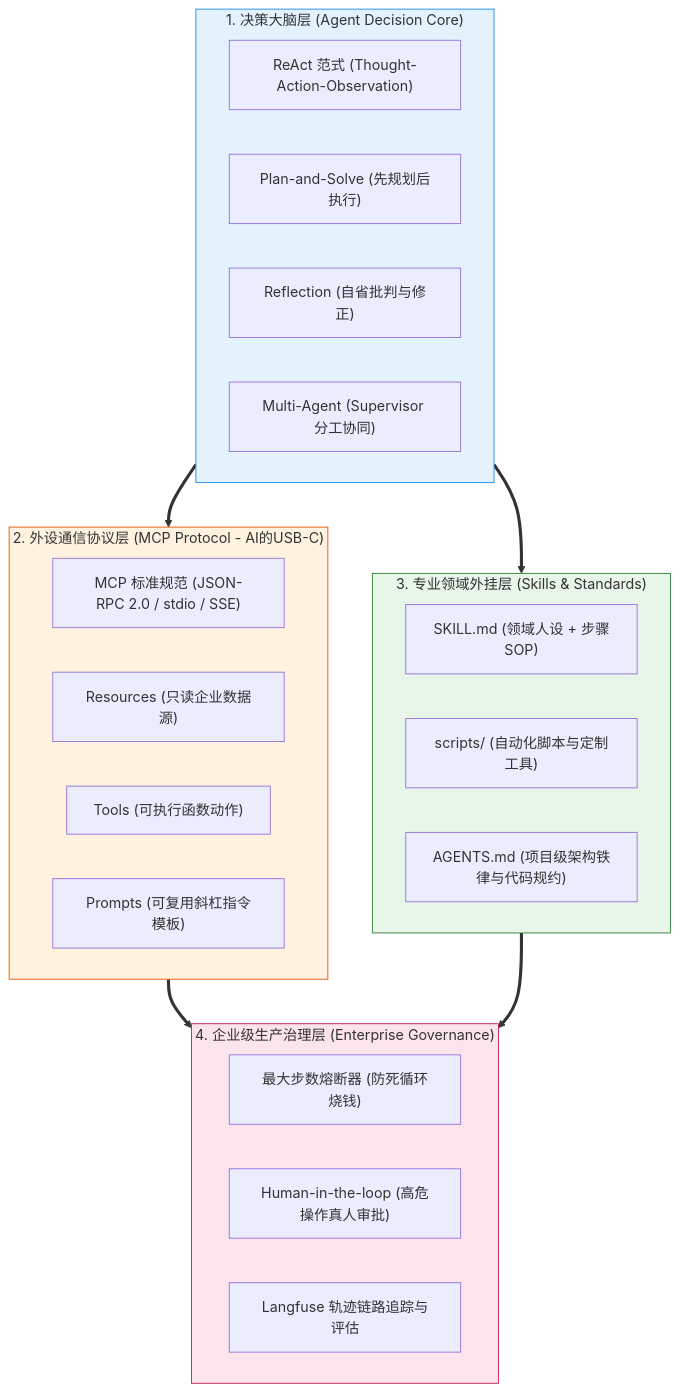
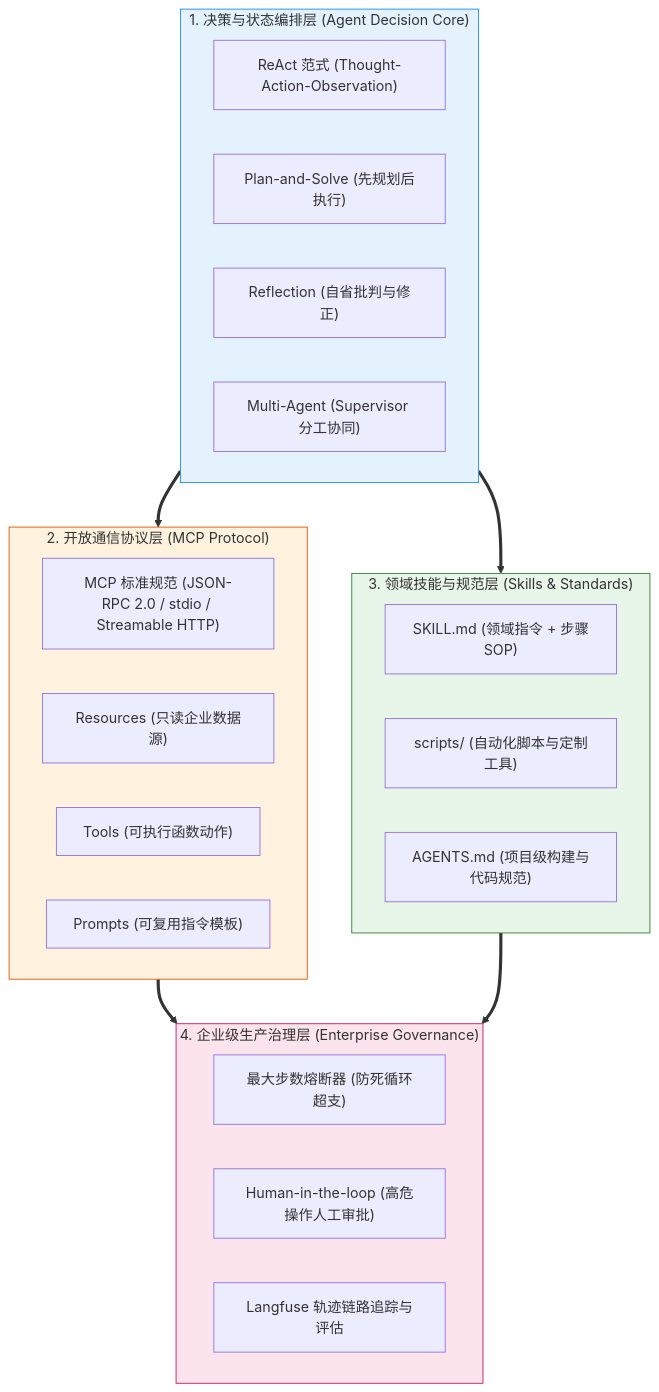
One commit to GuoWWWX/knowledge-base changed the diagram in 10-AI应用开发/05-Agent-MCP-Skills/99-本章总结与复习.md. Above: the diagram before and after it, drawn with Mermaid. The commit also changed other lines of this file and 251 other files, not shown here.

````diff
--- a/10-AI应用开发/05-Agent-MCP-Skills/99-本章总结与复习.md
+++ b/10-AI应用开发/05-Agent-MCP-Skills/99-本章总结与复习.md
@@ -25,37 +25,37 @@
 ```mermaid
 graph TD
-    subgraph S1["1. 决策大脑层 (Agent Decision Core)"]
+    subgraph S1["1. 决策与状态编排层 (Agent Decision Core)"]
         REACT["ReAct 范式 (Thought-Action-Observation)"]
         PLAN["Plan-and-Solve (先规划后执行)"]
         REFLECT["Reflection (自省批判与修正)"]
         MULTI["Multi-Agent (Supervisor 分工协同)"]
     end
 
-    subgraph S2["2. 外设通信协议层 (MCP Protocol - AI的USB-C)"]
-        MCP_SPEC["MCP 标准规范 (JSON-RPC 2.0 / stdio / SSE)"]
+    subgraph S2["2. 开放通信协议层 (MCP Protocol)"]
+        MCP_SPEC["MCP 标准规范 (JSON-RPC 2.0 / stdio / Streamable HTTP)"]
         RESOURCES["Resources (只读企业数据源)"]
         TOOLS["Tools (可执行函数动作)"]
-        PROMPTS["Prompts (可复用斜杠指令模板)"]
+        PROMPTS["Prompts (可复用指令模板)"]
     end
 
-    subgraph S3["3. 专业领域外挂层 (Skills & Standards)"]
-        SKILL_MD["SKILL.md (领域人设 + 步骤SOP)"]
+    subgraph S3["3. 领域技能与规范层 (Skills & Standards)"]
+        SKILL_MD["SKILL.md (领域指令 + 步骤SOP)"]
         SCRIPTS["scripts/ (自动化脚本与定制工具)"]
-        AGENTS_MD["AGENTS.md (项目级架构铁律与代码规约)"]
+        AGENTS_MD["AGENTS.md (项目级构建与代码规范)"]
     end
 
     subgraph S4["4. 企业级生产治理层 (Enterprise Governance)"]
-        LOOP_BREAKER["最大步数熔断器 (防死循环烧钱)"]
-        HITL["Human-in-the-loop (高危操作真人审批)"]
+        LOOP_BREAKER["最大步数熔断器 (防死循环超支)"]
+        HITL["Human-in-the-loop (高危操作人工审批)"]
         OBSERVE["Langfuse 轨迹链路追踪与评估"]
     end
 
     S1 ==> S2
     S1 ==> S3
     S2 & S3 ==> S4
 
     style S1 fill:#e3f2fd,stroke:#1e88e5,stroke-width:1px
     style S2 fill:#fff3e0,stroke:#e65100,stroke-width:1px
     style S3 fill:#e8f5e9,stroke:#2e7d32,stroke-width:1px
     style S4 fill:#fce4ec,stroke:#c2185b,stroke-width:1px
 ```
````
